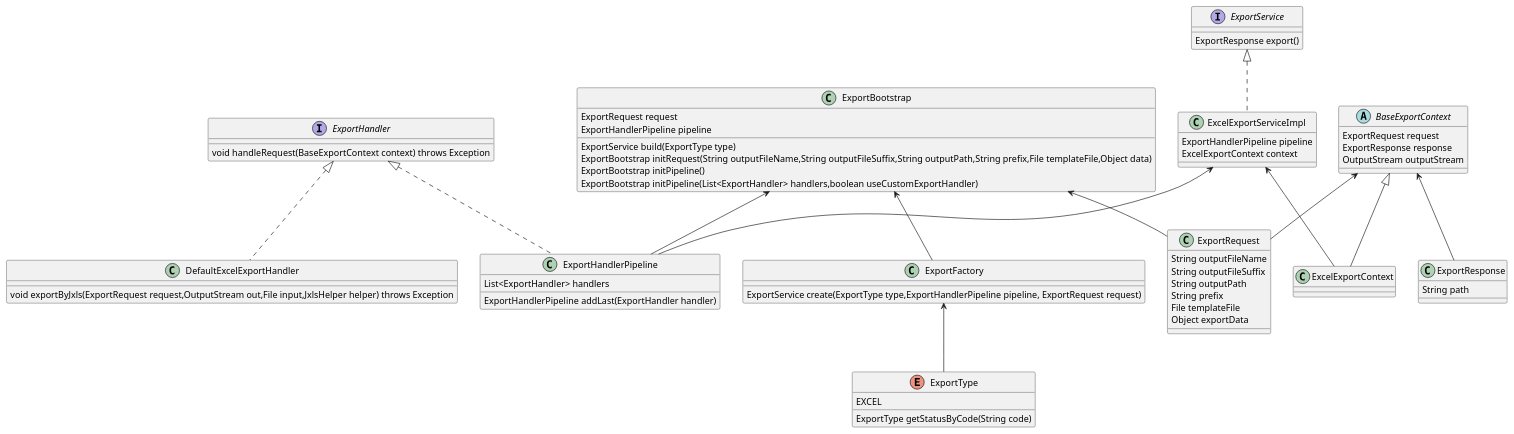
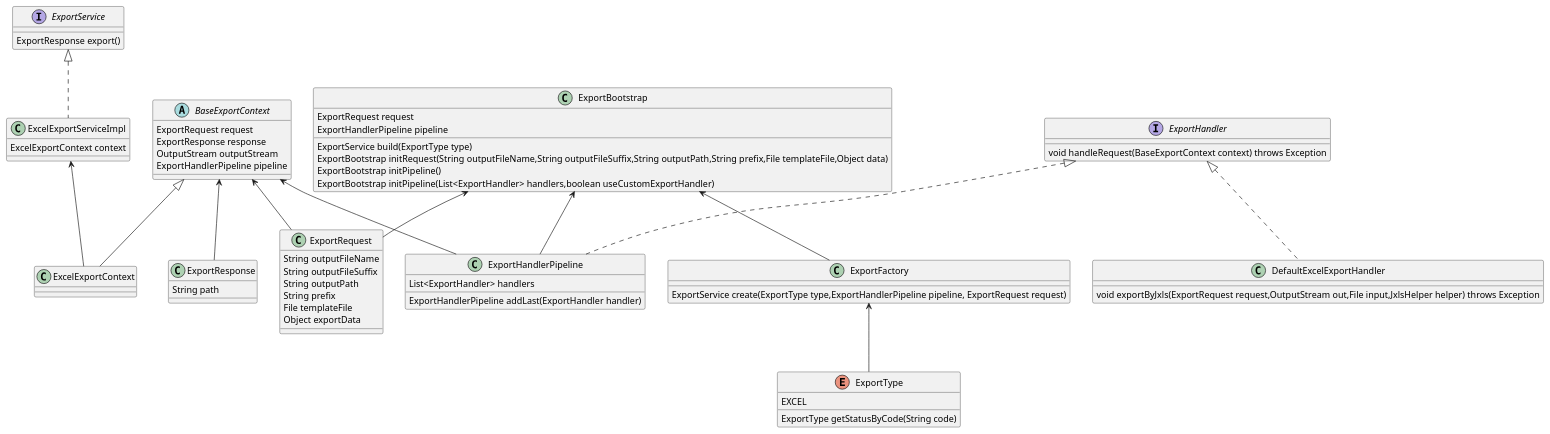
Before and after one commit to hongbofan/file-import-export: the diagram in export/src/main/java/com/flyread/file/export/container_file_export_component_class.puml, drawn with PlantUML. The commit also changed 34 other files, not shown here.

```diff
--- a/export/src/main/java/com/flyread/file/export/container_file_export_component_class.puml
+++ b/export/src/main/java/com/flyread/file/export/container_file_export_component_class.puml
@@ -1,60 +1,60 @@
 @startuml
 abstract class BaseExportContext {
     ExportRequest request
     ExportResponse response
     OutputStream outputStream
+    ExportHandlerPipeline pipeline
 }
 class ExportRequest {
     String outputFileName
     String outputFileSuffix
     String outputPath
     String prefix
     File templateFile
     Object exportData
 }
 class ExportResponse {
     String path
 }
 class ExcelExportContext extends BaseExportContext {
 }
 interface ExportHandler {
     void handleRequest(BaseExportContext context) throws Exception
 }
 class ExportHandlerPipeline implements ExportHandler {
     List<ExportHandler> handlers
     ExportHandlerPipeline addLast(ExportHandler handler)
 }
 class DefaultExcelExportHandler implements ExportHandler {
     void exportByJxls(ExportRequest request,OutputStream out,File input,JxlsHelper helper) throws Exception
 }
 interface ExportService {
     ExportResponse export()
 }
 class ExcelExportServiceImpl implements ExportService {
-    ExportHandlerPipeline pipeline
     ExcelExportContext context
 }
 class ExportFactory {
     ExportService create(ExportType type,ExportHandlerPipeline pipeline, ExportRequest request)
 }
 enum ExportType {
     EXCEL
     ExportType getStatusByCode(String code)
 }
 class ExportBootstrap {
     ExportRequest request
     ExportHandlerPipeline pipeline
     ExportService build(ExportType type)
     ExportBootstrap initRequest(String outputFileName,String outputFileSuffix,String outputPath,String prefix,File templateFile,Object data)
     ExportBootstrap initPipeline()
     ExportBootstrap initPipeline(List<ExportHandler> handlers,boolean useCustomExportHandler)
 }
 BaseExportContext <-- ExportResponse
 BaseExportContext <-- ExportRequest
+BaseExportContext <-- ExportHandlerPipeline
 ExportFactory <-- ExportType
-ExcelExportServiceImpl <-- ExportHandlerPipeline
 ExcelExportServiceImpl <-- ExcelExportContext
 ExportBootstrap <-- ExportRequest
 ExportBootstrap <-- ExportHandlerPipeline
 ExportBootstrap <-- ExportFactory
 @enduml
```
